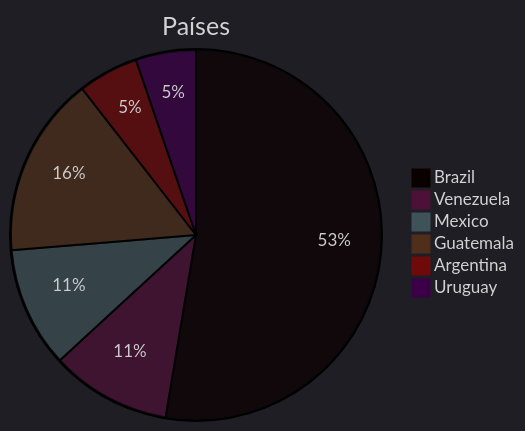
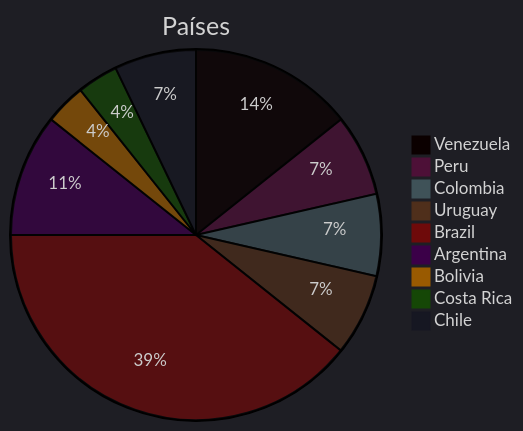
Before and after one commit to ZoqueLabs/website: the first of 5 diagrams in exfiltradaz.md, drawn with Mermaid. The commit also changed other lines of this file, not shown here.

````diff
--- a/exfiltradaz.md
+++ b/exfiltradaz.md
@@ -47,13 +51,16 @@
 ```mermaid
 ---
 config:
   theme: dark
 ---
 pie title Países
-  "Brazil" : 10
-  "Venezuela" : 2
-  "Mexico" : 2
-  "Guatemala" : 3
-  "Argentina" : 1
-  "Uruguay" : 1
+  "Venezuela" : 4
+  "Peru" : 2
+  "Colombia" : 2
+  "Uruguay" : 2
+  "Brazil" : 11
+  "Argentina" : 3
+  "Bolivia" : 1
+  "Costa Rica" : 1
+  "Chile" : 2
 ```
````
